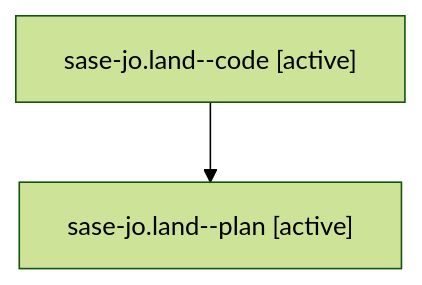
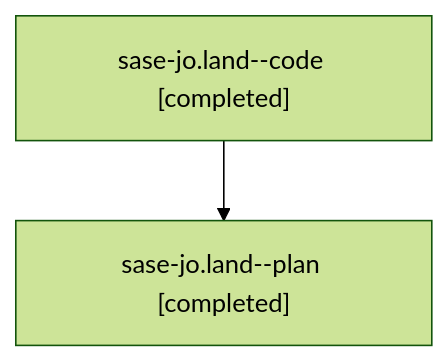
The diagram in families/bbugyi200.athena.sase-jo.land.md (sase-org/sase--agents), drawn with Mermaid (forest theme) before and after one commit. The commit also changed other lines of this file and 131 other files, not shown here.

````diff
--- a/families/bbugyi200.athena.sase-jo.land.md
+++ b/families/bbugyi200.athena.sase-jo.land.md
@@ -9,6 +9,6 @@
 ```mermaid
 flowchart TD
-  n0["sase-jo.land--code [active]"]
-  n1["sase-jo.land--plan [active]"]
+  n0["sase-jo.land--code [completed]"]
+  n1["sase-jo.land--plan [completed]"]
   n0 --> n1
 ```
````
